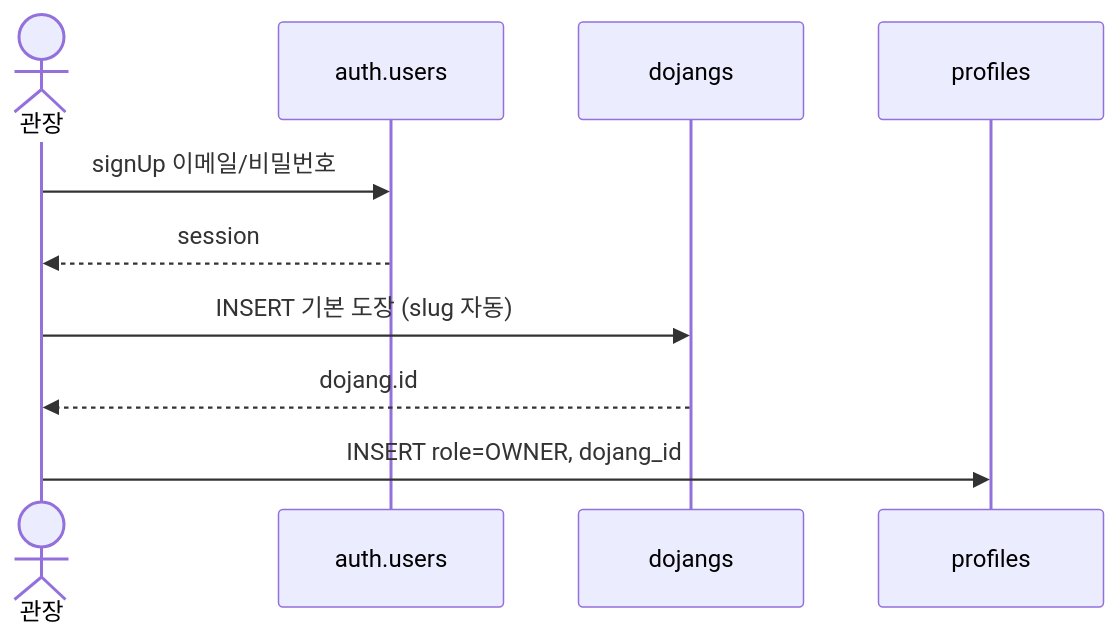
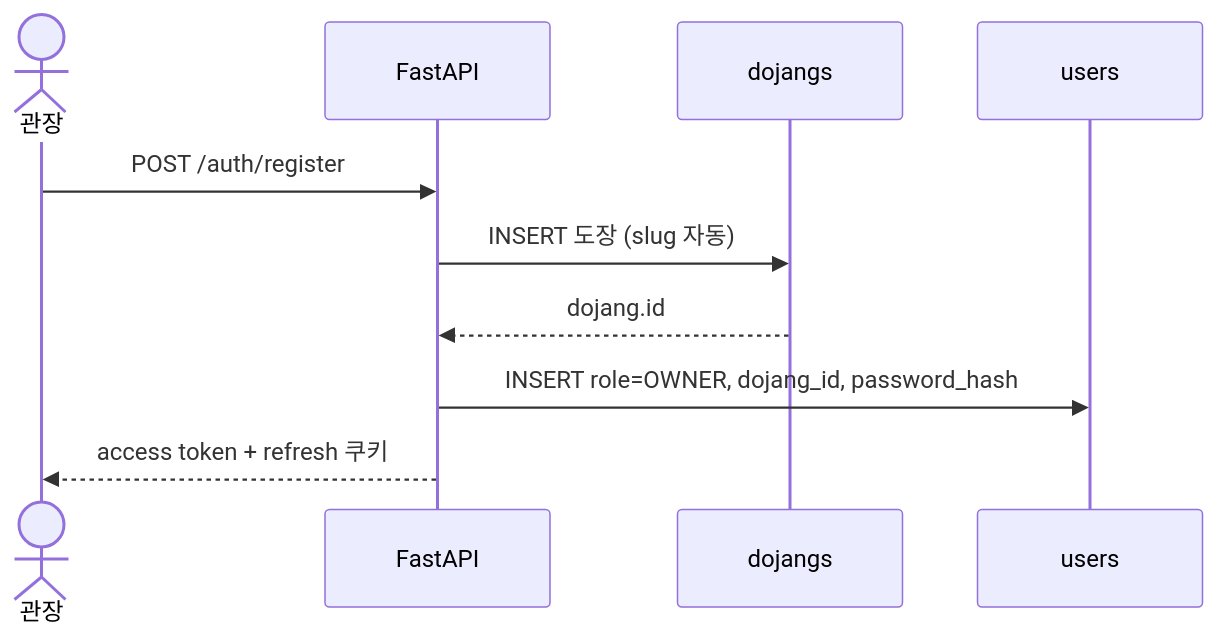
Before and after one commit to monenon-dev/pumsae: the second of 2 diagrams in docs/erd.md, drawn with Mermaid. The commit also changed other lines of this file and 70 other files, not shown here.

First line of the commit message:
feat: connect Next.js to FastAPI and drop Supabase

````diff
--- a/docs/erd.md
+++ b/docs/erd.md
@@ -186,13 +189,13 @@
 ```mermaid
 sequenceDiagram
   actor Owner as 관장
-  participant Auth as auth.users
+  participant API as FastAPI
   participant D as dojangs
-  participant P as profiles
+  participant U as users
 
-  Owner->>Auth: signUp 이메일/비밀번호
-  Auth-->>Owner: session
-  Owner->>D: INSERT 기본 도장 (slug 자동)
-  D-->>Owner: dojang.id
-  Owner->>P: INSERT role=OWNER, dojang_id
+  Owner->>API: POST /auth/register
+  API->>D: INSERT 도장 (slug 자동)
+  D-->>API: dojang.id
+  API->>U: INSERT role=OWNER, dojang_id, password_hash
+  API-->>Owner: access token + refresh 쿠키
 ```
````
